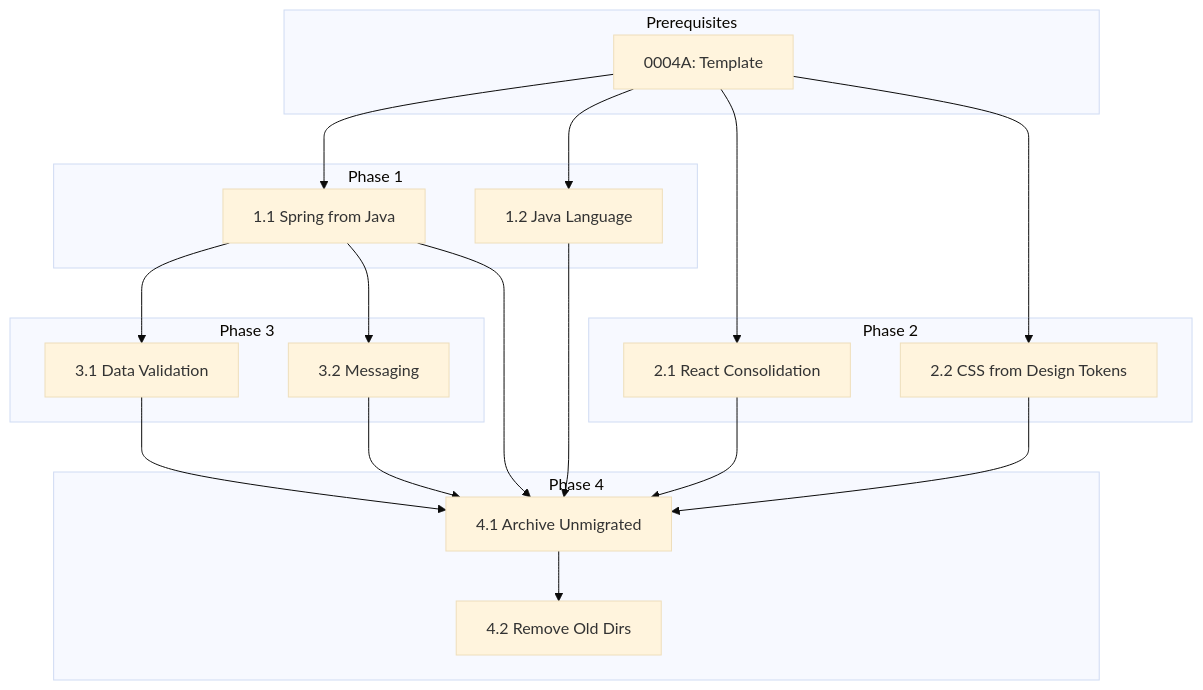
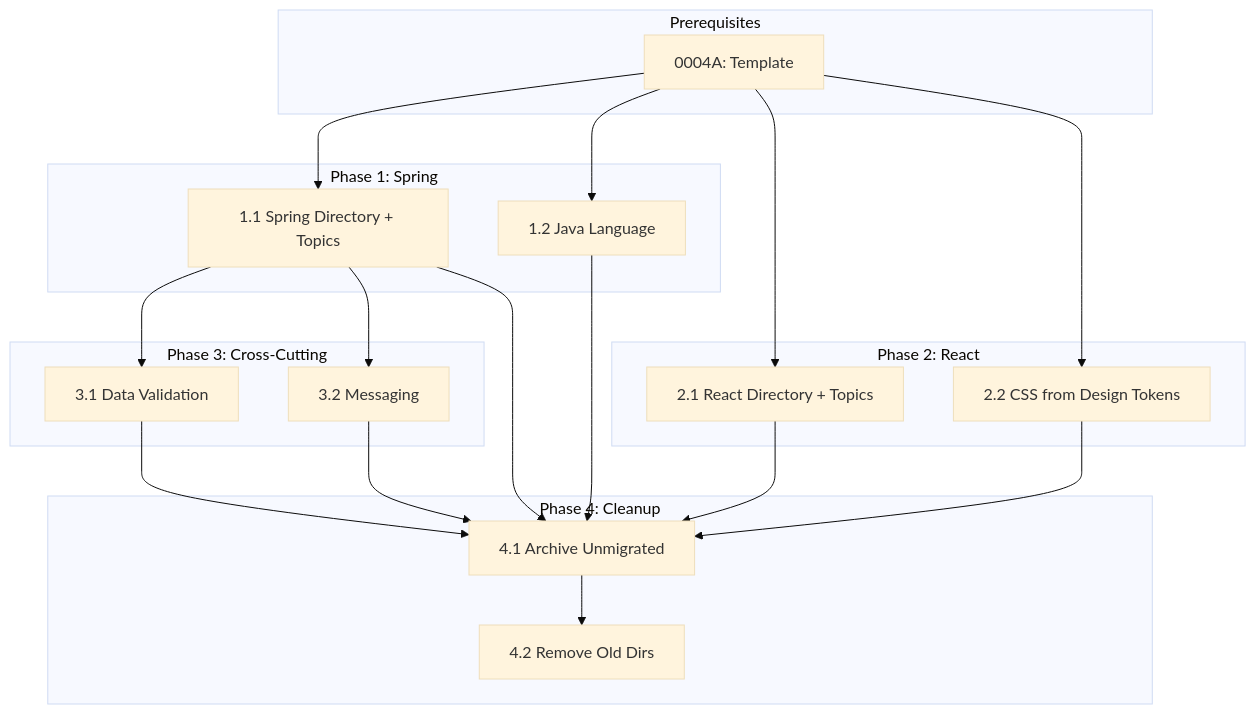
One commit to dopsonbr/agent-kit changed the diagram in docs/plans/0004B_standards-migration.md. Above: the diagram before and after it, drawn with Mermaid (base theme). The commit also changed other lines of this file and 2 other files, not shown here.

First line of the commit message:
docs(plans): use directory structure for framework standards

````diff
--- a/docs/plans/0004B_standards-migration.md
+++ b/docs/plans/0004B_standards-migration.md
@@ -407,40 +459,40 @@
 ```mermaid
 graph TD
     subgraph "Prerequisites"
         P1[0004A: Template]
     end
 
-    subgraph "Phase 1"
-        T1[1.1 Spring from Java]
+    subgraph "Phase 1: Spring"
+        T1[1.1 Spring Directory + Topics]
         T2[1.2 Java Language]
     end
 
-    subgraph "Phase 2"
-        T3[2.1 React Consolidation]
+    subgraph "Phase 2: React"
+        T3[2.1 React Directory + Topics]
         T4[2.2 CSS from Design Tokens]
     end
 
-    subgraph "Phase 3"
+    subgraph "Phase 3: Cross-Cutting"
         T5[3.1 Data Validation]
         T6[3.2 Messaging]
     end
 
-    subgraph "Phase 4"
+    subgraph "Phase 4: Cleanup"
         T7[4.1 Archive Unmigrated]
         T8[4.2 Remove Old Dirs]
     end
 
     P1 --> T1
     P1 --> T2
     P1 --> T3
     P1 --> T4
     T1 --> T5
     T1 --> T6
     T1 --> T7
     T2 --> T7
     T3 --> T7
     T4 --> T7
     T5 --> T7
     T6 --> T7
     T7 --> T8
 ```
````
